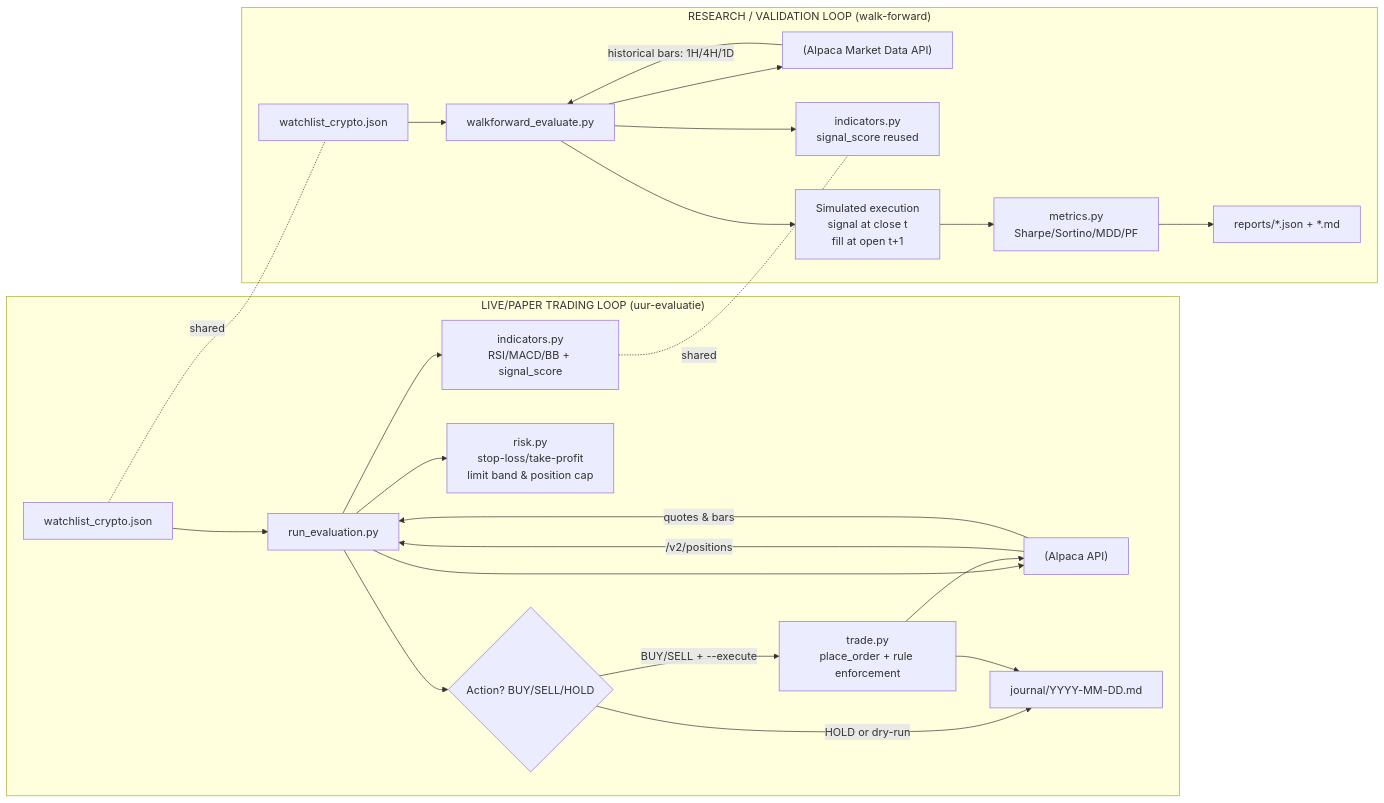
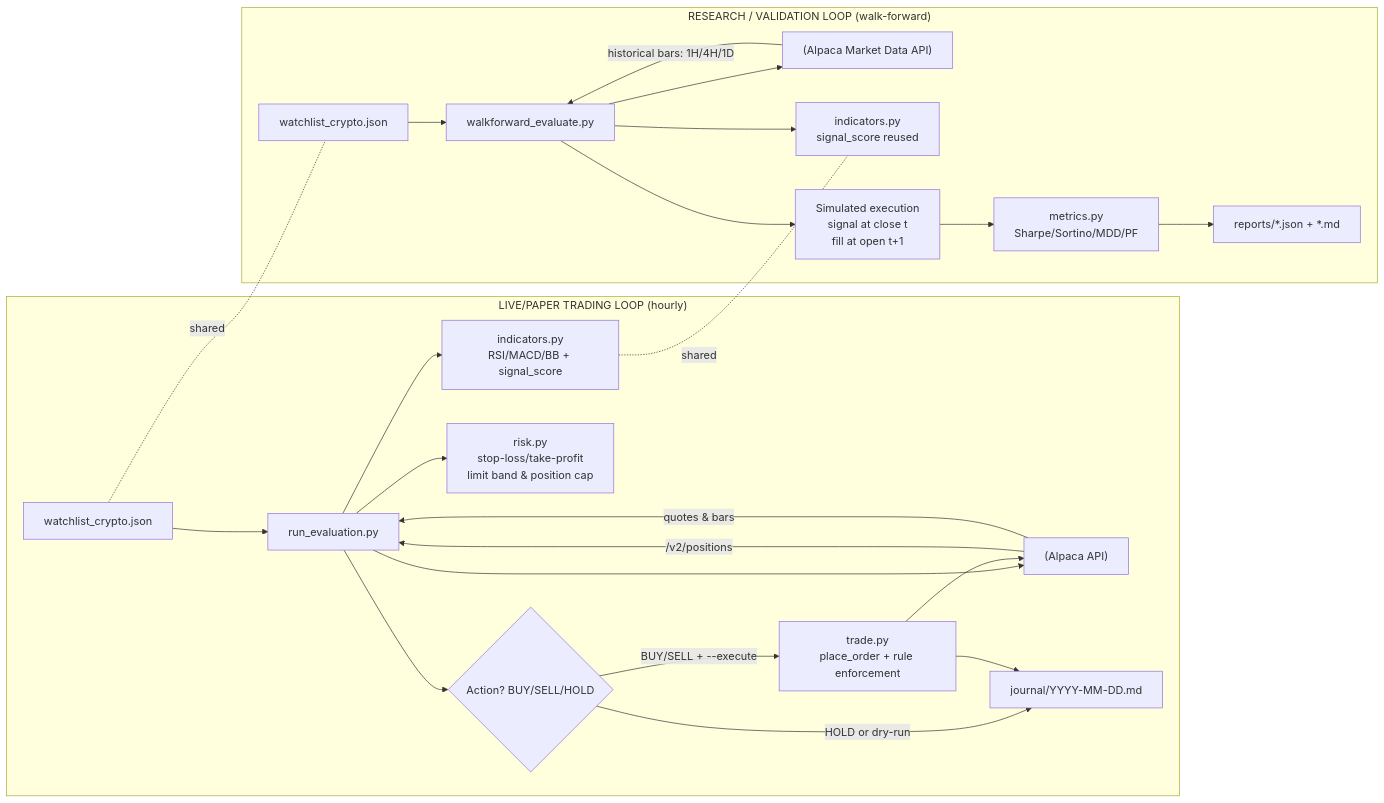
Before and after one commit to ekuipers/crypto-pro-trading: the diagram in README.md, drawn with Mermaid. The commit also changed other lines of this file, not shown here.

````diff
--- a/README.md
+++ b/README.md
@@ -17,30 +12,29 @@
 ```mermaid
 flowchart LR
-  subgraph LIVE["LIVE/PAPER TRADING LOOP (uur-evaluatie)"]
+  subgraph LIVE["LIVE/PAPER TRADING LOOP (hourly)"]
     A[watchlist_crypto.json] --> B[run_evaluation.py]
     B --> C["(Alpaca API)"]
     C -->|/v2/positions| B
     C -->|quotes & bars| B
     B --> D["indicators.py\nRSI/MACD/BB + signal_score"]
     B --> E["risk.py\nstop-loss/take-profit\nlimit band & position cap"]
     B --> F{Action? BUY/SELL/HOLD}
     F -->|BUY/SELL + --execute| G["trade.py\nplace_order + rule enforcement"]
     G --> C
     F -->|HOLD or dry-run| H[journal/YYYY-MM-DD.md]
     G --> H
   end
 
   subgraph RESEARCH["RESEARCH / VALIDATION LOOP (walk-forward)"]
     A2[watchlist_crypto.json] --> I[walkforward_evaluate.py]
     I --> J["(Alpaca Market Data API)"]
     J -->|historical bars: 1H/4H/1D| I
     I --> D2["indicators.py\nsignal_score reused"]
     I --> K["Simulated execution\nsignal at close t\nfill at open t+1"]
     K --> L["metrics.py\nSharpe/Sortino/MDD/PF"]
     L --> M[reports/*.json + *.md]
   end
 
-  %% Shared code note
   D -. shared .- D2
   A -. shared .- A2
 ```
````
